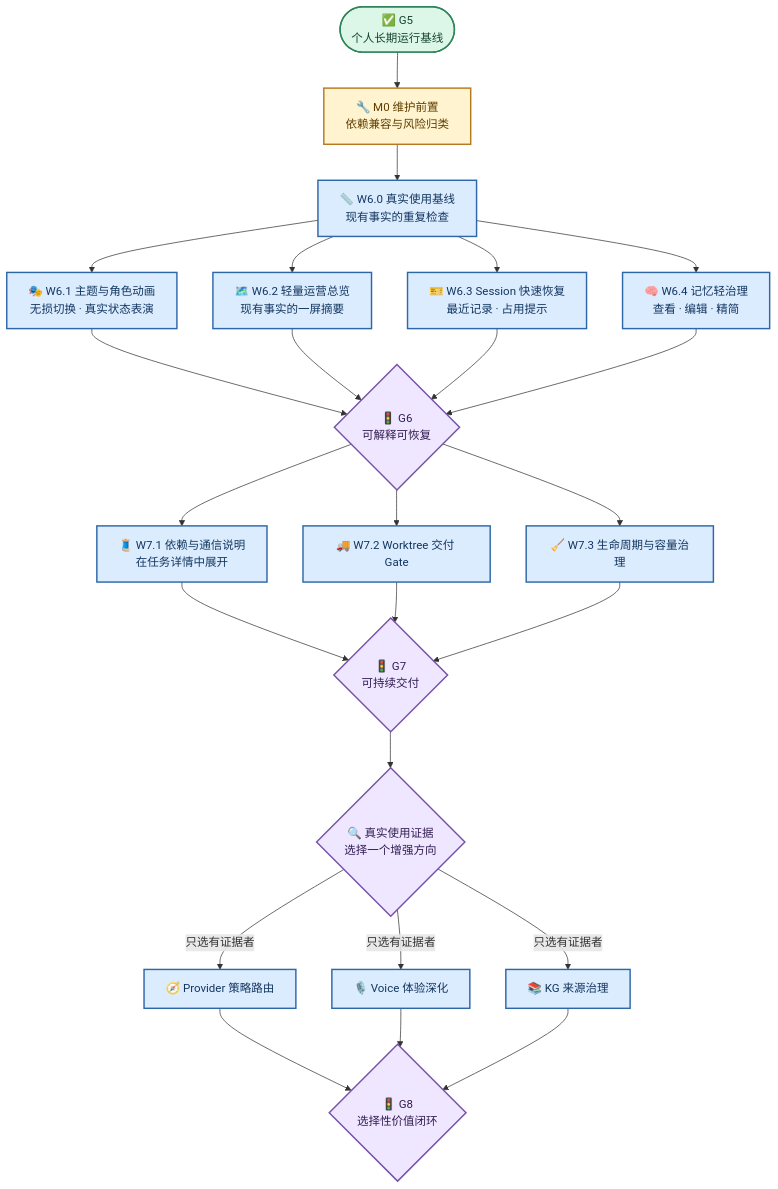
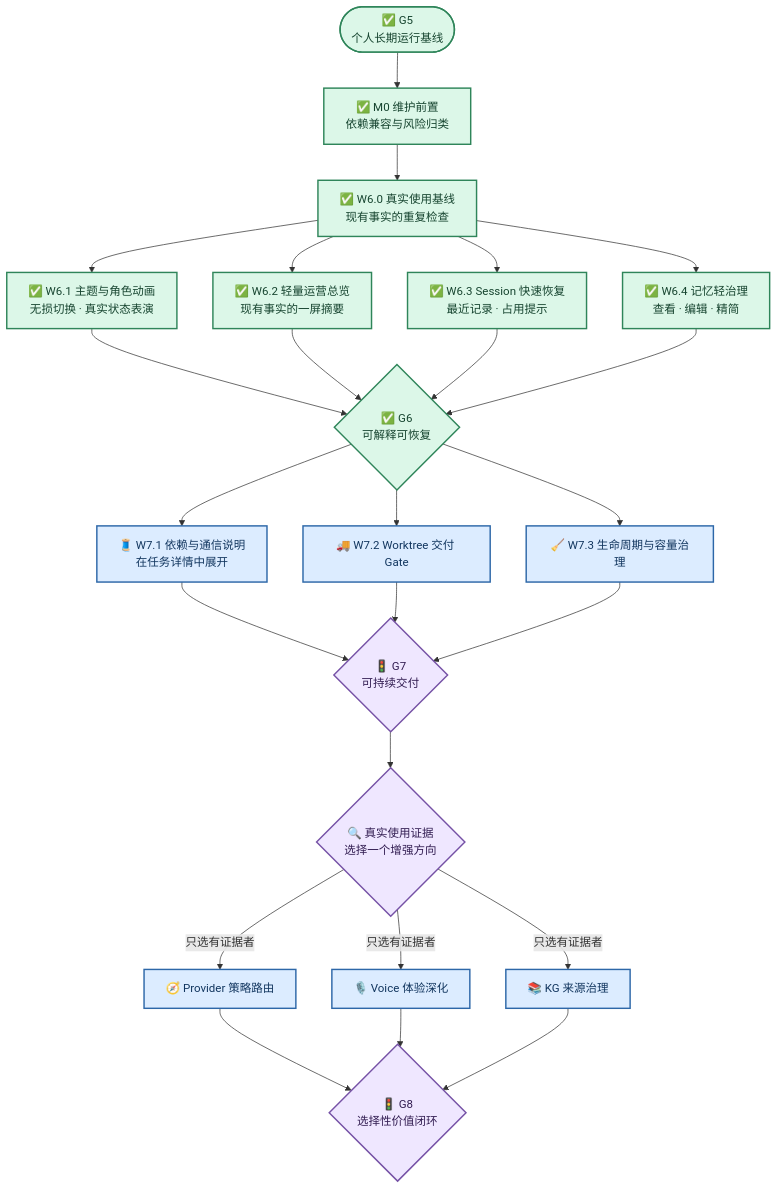
The second of 4 diagrams in docs/diy/实施规划/03-Munder-Difflin-Wave-6及后续设计结论与实施规划.md (kldancer/munder-difflin), drawn with Mermaid before and after one commit. The commit also changed other lines of this file and 27 other files, not shown here.

````diff
--- a/docs/diy/实施规划/03-Munder-Difflin-Wave-6及后续设计结论与实施规划.md
+++ b/docs/diy/实施规划/03-Munder-Difflin-Wave-6及后续设计结论与实施规划.md
@@ -139,52 +139,51 @@
 ```mermaid
 flowchart TD
     Base(["✅ G5\n个人长期运行基线"])
-    M0["🔧 M0 维护前置\n依赖兼容与风险归类"]
-    W60["📏 W6.0 真实使用基线\n现有事实的重复检查"]
-    W61["🎭 W6.1 主题与角色动画\n无损切换 · 真实状态表演"]
-    W62["🗺️ W6.2 轻量运营总览\n现有事实的一屏摘要"]
-    W63["🎫 W6.3 Session 快速恢复\n最近记录 · 占用提示"]
-    W64["🧠 W6.4 记忆轻治理\n查看 · 编辑 · 精简"]
-    G6{"🚦 G6\n可解释可恢复"}
+    M0["✅ M0 维护前置\n依赖兼容与风险归类"]
+    W60["✅ W6.0 真实使用基线\n现有事实的重复检查"]
+    W61["✅ W6.1 主题与角色动画\n无损切换 · 真实状态表演"]
+    W62["✅ W6.2 轻量运营总览\n现有事实的一屏摘要"]
+    W63["✅ W6.3 Session 快速恢复\n最近记录 · 占用提示"]
+    W64["✅ W6.4 记忆轻治理\n查看 · 编辑 · 精简"]
+    G6{"✅ G6\n可解释可恢复"}
     W71["🧵 W7.1 依赖与通信说明\n在任务详情中展开"]
     W72["🚚 W7.2 Worktree 交付 Gate"]
     W73["🧹 W7.3 生命周期与容量治理"]
     G7{"🚦 G7\n可持续交付"}
     Decide{"🔍 真实使用证据\n选择一个增强方向"}
     W81["🧭 Provider 策略路由"]
     W82["🎙️ Voice 体验深化"]
     W83["📚 KG 来源治理"]
     G8{"🚦 G8\n选择性价值闭环"}
 
     Base --> M0 --> W60
     W60 --> W61
     W60 --> W62
     W60 --> W63
     W60 --> W64
     W61 --> G6
     W62 --> G6
     W63 --> G6
     W64 --> G6
     G6 --> W71
     G6 --> W72
     G6 --> W73
     W71 --> G7
     W72 --> G7
     W73 --> G7
     G7 --> Decide
     Decide -->|只选有证据者| W81
     Decide -->|只选有证据者| W82
     Decide -->|只选有证据者| W83
     W81 --> G8
     W82 --> G8
     W83 --> G8
 
     classDef done fill:#dcf7e8,stroke:#2f855a,color:#16442f,stroke-width:2px;
     classDef maint fill:#fff4cf,stroke:#b7791f,color:#5f3d00,stroke-width:2px;
     classDef wave fill:#dcecff,stroke:#2d67a8,color:#12365f,stroke-width:2px;
     classDef choice fill:#efe7ff,stroke:#7652a6,color:#321d52,stroke-width:2px;
-    class Base done;
-    class M0 maint;
-    class W60,W61,W62,W63,W64,W71,W72,W73,W81,W82,W83 wave;
-    class G6,G7,G8,Decide choice;
+    class Base,M0,W60,W61,W62,W63,W64,G6 done;
+    class W71,W72,W73,W81,W82,W83 wave;
+    class G7,G8,Decide choice;
 ```
````
